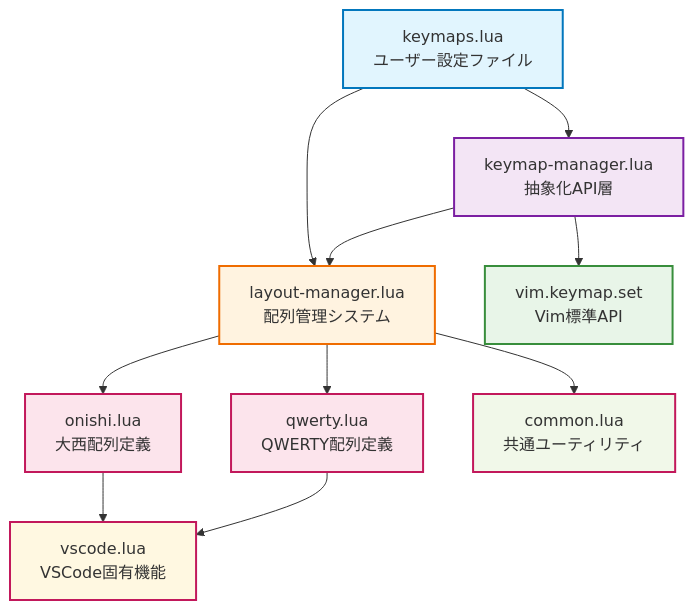
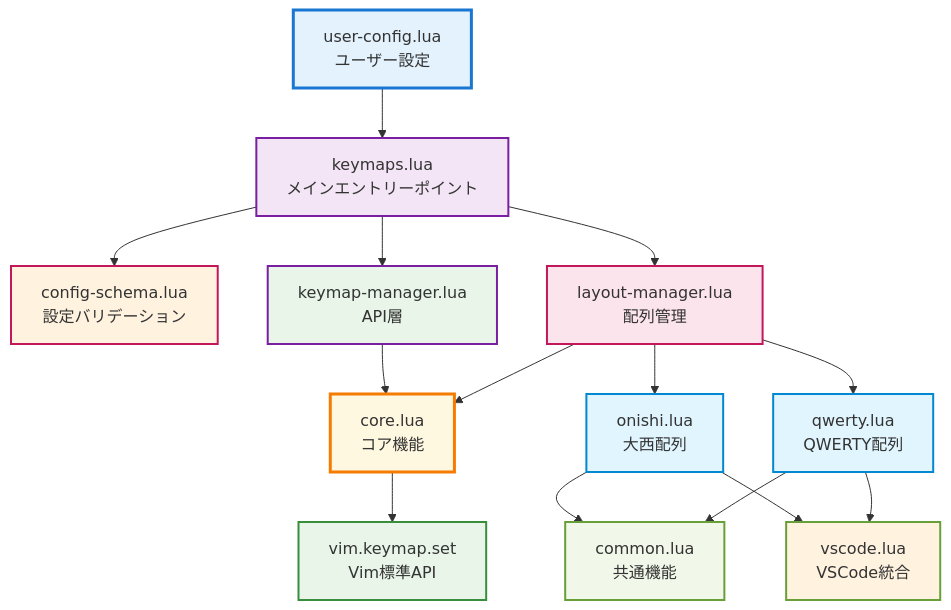
Before and after one commit to 133g/dotfiles: the diagram in nvim/lua/config/keymaps/README.md, drawn with Mermaid. The commit also changed other lines of this file and 8 other files, not shown here.

````diff
--- a/nvim/lua/config/keymaps/README.md
+++ b/nvim/lua/config/keymaps/README.md
@@ -20,36 +22,47 @@
 ```mermaid
 graph TD
-    A[keymaps.lua<br/>ユーザー設定ファイル] --> B[keymap-manager.lua<br/>抽象化API層]
-    A --> C[layout-manager.lua<br/>配列管理システム]
+    A[user-config.lua<br/>ユーザー設定] --> B[keymaps.lua<br/>メインエントリーポイント]
+    B --> C[config-schema.lua<br/>設定バリデーション]
+    B --> D[keymap-manager.lua<br/>API層]
+    B --> E[layout-manager.lua<br/>配列管理]
     
-    B --> C
-    B --> D[vim.keymap.set<br/>Vim標準API]
+    D --> F[core.lua<br/>コア機能]
+    E --> F
+    E --> G[onishi.lua<br/>大西配列]
+    E --> H[qwerty.lua<br/>QWERTY配列]
     
-    C --> E[onishi.lua<br/>大西配列定義]
-    C --> F[qwerty.lua<br/>QWERTY配列定義]
-    C --> G[common.lua<br/>共通ユーティリティ]
+    G --> I[common.lua<br/>共通機能]
+    G --> J[vscode.lua<br/>VSCode統合]
+    H --> I
+    H --> J
     
-    E --> H[vscode.lua<br/>VSCode固有機能]
-    F --> H
+    F --> K[vim.keymap.set<br/>Vim標準API]
     
-    style A fill:#e1f5fe
+    style A fill:#e3f2fd
     style B fill:#f3e5f5
     style C fill:#fff3e0
     style D fill:#e8f5e8
     style E fill:#fce4ec
-    style F fill:#fce4ec
-    style G fill:#f1f8e9
-    style H fill:#fff8e1
+    style F fill:#fff8e1
+    style G fill:#e1f5fe
+    style H fill:#e1f5fe
+    style I fill:#f1f8e9
+    style J fill:#fff3e0
+    style K fill:#e8f5e8
     
-    classDef userFile fill:#e1f5fe,stroke:#0277bd,stroke-width:2px
+    classDef userLayer fill:#e3f2fd,stroke:#1976d2,stroke-width:3px
     classDef apiLayer fill:#f3e5f5,stroke:#7b1fa2,stroke-width:2px
-    classDef systemLayer fill:#fff3e0,stroke:#ef6c00,stroke-width:2px
+    classDef coreLayer fill:#fff8e1,stroke:#f57c00,stroke-width:3px
+    classDef systemLayer fill:#fce4ec,stroke:#c2185b,stroke-width:2px
+    classDef configLayer fill:#e1f5fe,stroke:#0288d1,stroke-width:2px
+    classDef utilLayer fill:#f1f8e9,stroke:#689f38,stroke-width:2px
     classDef vimApi fill:#e8f5e8,stroke:#388e3c,stroke-width:2px
-    classDef configFile fill:#fce4ec,stroke:#c2185b,stroke-width:2px
     
-    class A userFile
-    class B apiLayer
-    class C systemLayer
-    class D vimApi
-    class E,F,G,H configFile
+    class A userLayer
+    class B,D apiLayer
+    class F coreLayer
+    class C,E systemLayer
+    class G,H configLayer
+    class I,J utilLayer
+    class K vimApi
 ```
````
